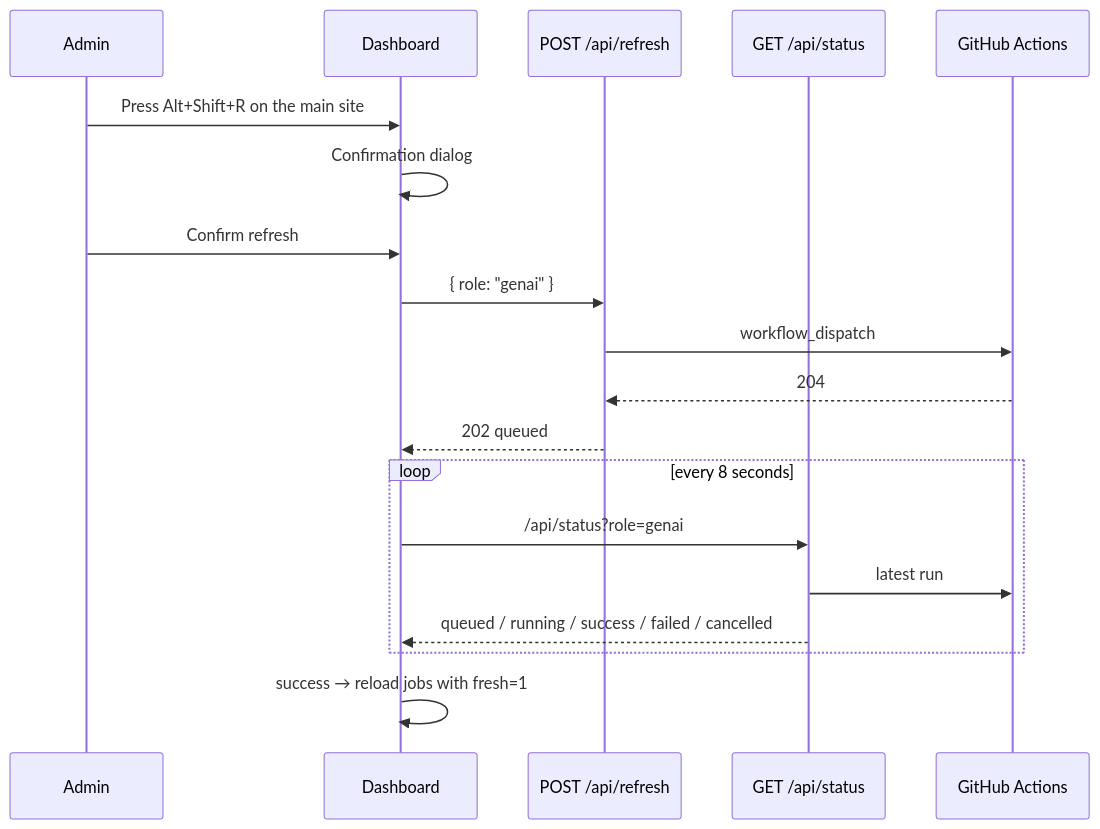
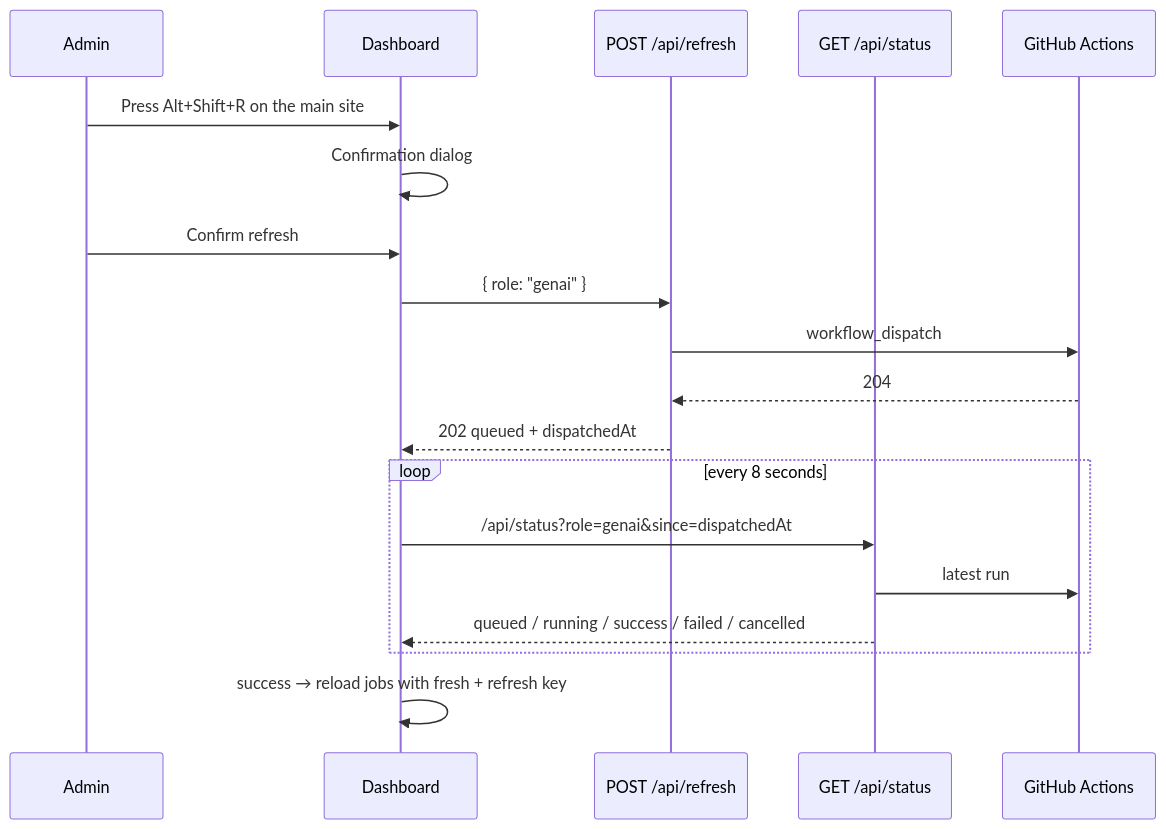
One commit to Dilip457/jobhunt-hub changed the third of 3 diagrams in docs/ARCHITECTURE.md. Above: the diagram before and after it, drawn with Mermaid. The commit also changed other lines of this file and 3 other files, not shown here.

First line of the commit message:
Docs: refresh fails closed, cache layers, since polling, URL filters

````diff
--- a/docs/ARCHITECTURE.md
+++ b/docs/ARCHITECTURE.md
@@ -495,22 +495,22 @@
 ```mermaid
 sequenceDiagram
     participant Admin
     participant UI as Dashboard
     participant Refresh as POST /api/refresh
     participant Status as GET /api/status
     participant GH as GitHub Actions
 
     Admin->>UI: Press Alt+Shift+R on the main site
     UI->>UI: Confirmation dialog
     Admin->>UI: Confirm refresh
     UI->>Refresh: { role: "genai" }
     Refresh->>GH: workflow_dispatch
     GH-->>Refresh: 204
-    Refresh-->>UI: 202 queued
+    Refresh-->>UI: 202 queued + dispatchedAt
     loop every 8 seconds
-        UI->>Status: /api/status?role=genai
+        UI->>Status: /api/status?role=genai&since=dispatchedAt
         Status->>GH: latest run
         Status-->>UI: queued / running / success / failed / cancelled
     end
-    UI->>UI: success → reload jobs with fresh=1
+    UI->>UI: success → reload jobs with fresh + refresh key
 ```
````
